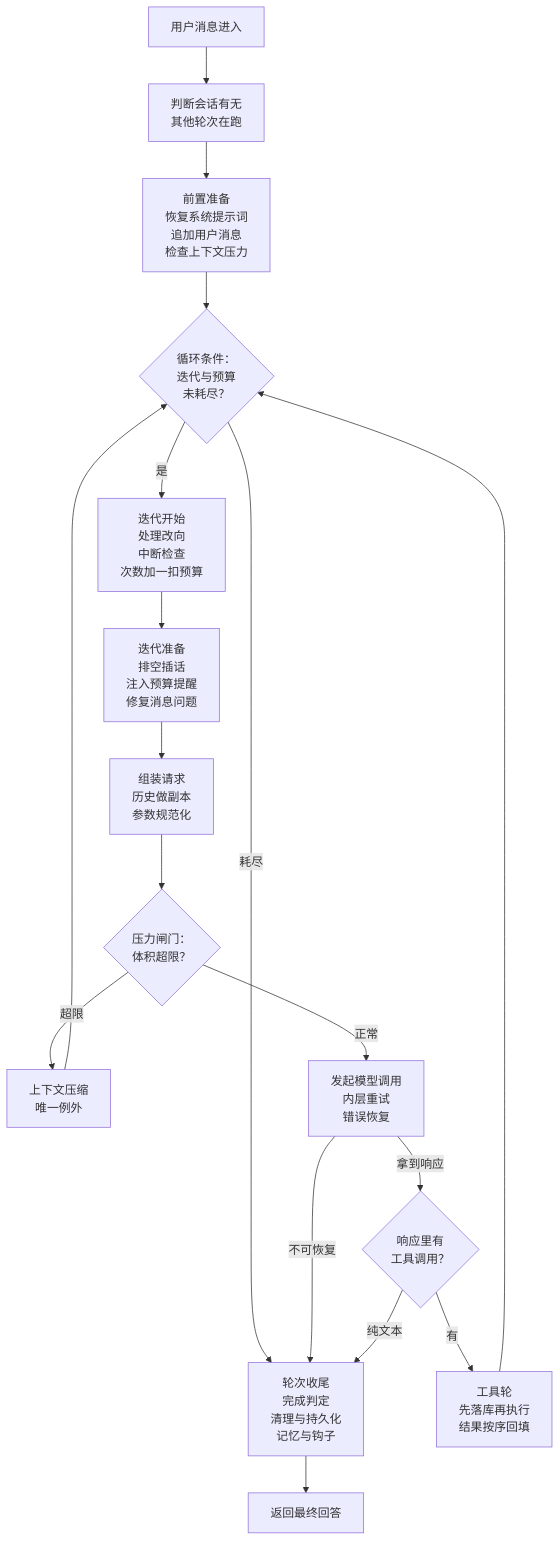
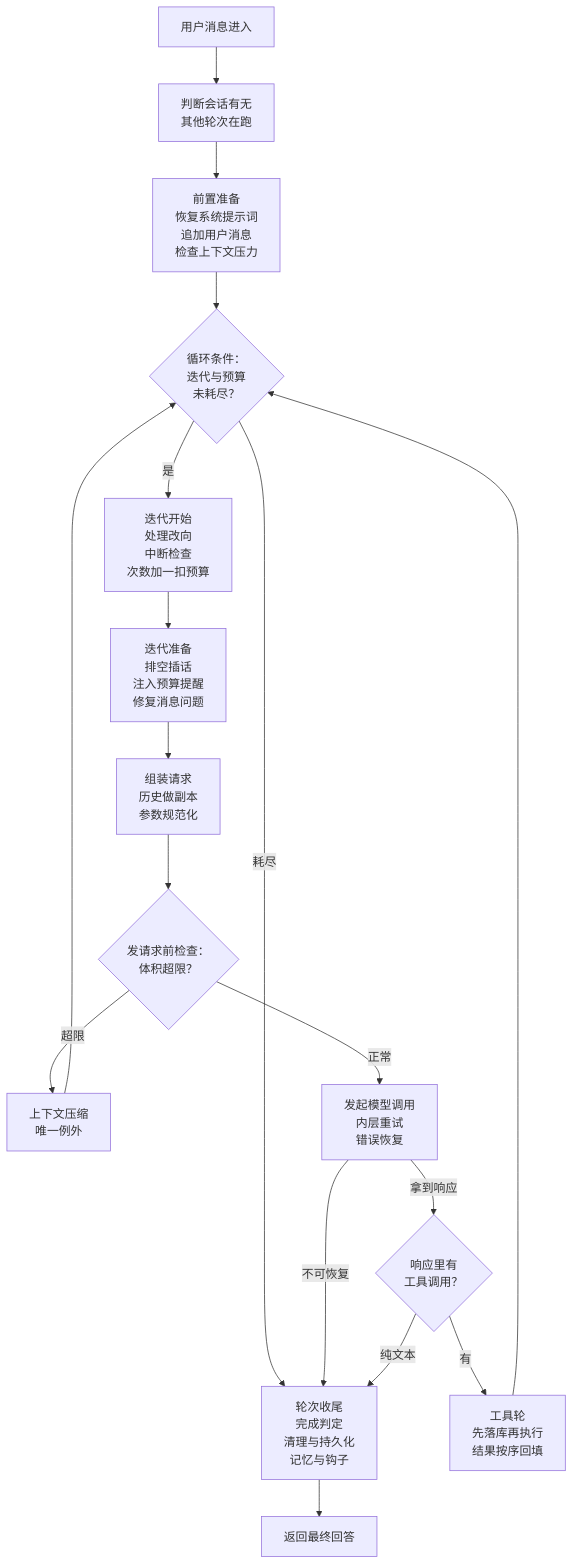
One commit to Mr-ZeLong/hermes-agent-analysis changed the diagram in docs/agent-loop.md. Above: the diagram before and after it, drawn with Mermaid. The commit also changed other lines of this file, not shown here.

First line of the commit message:
docs: 去掉「压力闸门」「库级」「校验闸门」等费解词

````diff
--- a/docs/agent-loop.md
+++ b/docs/agent-loop.md
@@ -24,19 +24,19 @@
 ```mermaid
 flowchart TD
     A[用户消息进入] --> B[判断会话有无<br>其他轮次在跑]
     B --> C[前置准备<br>恢复系统提示词<br>追加用户消息<br>检查上下文压力]
     C --> D{循环条件：<br>迭代与预算<br>未耗尽？}
     D -- 耗尽 --> W[轮次收尾<br>完成判定<br>清理与持久化<br>记忆与钩子]
     D -- 是 --> E[迭代开始<br>处理改向<br>中断检查<br>次数加一扣预算]
     E --> F[迭代准备<br>排空插话<br>注入预算提醒<br>修复消息问题]
     F --> G[组装请求<br>历史做副本<br>参数规范化]
-    G --> G2{压力闸门：<br>体积超限？}
+    G --> G2{发请求前检查：<br>体积超限？}
     G2 -- 超限 --> H[上下文压缩<br>唯一例外] --> D
     G2 -- 正常 --> I[发起模型调用<br>内层重试<br>错误恢复]
     I -- 不可恢复 --> W
     I -- 拿到响应 --> J{响应里有<br>工具调用？}
     J -- 有 --> K[工具轮<br>先落库再执行<br>结果按序回填]
     K --> D
     J -- 纯文本 --> W
     W --> L[返回最终回答]
 ```
````
